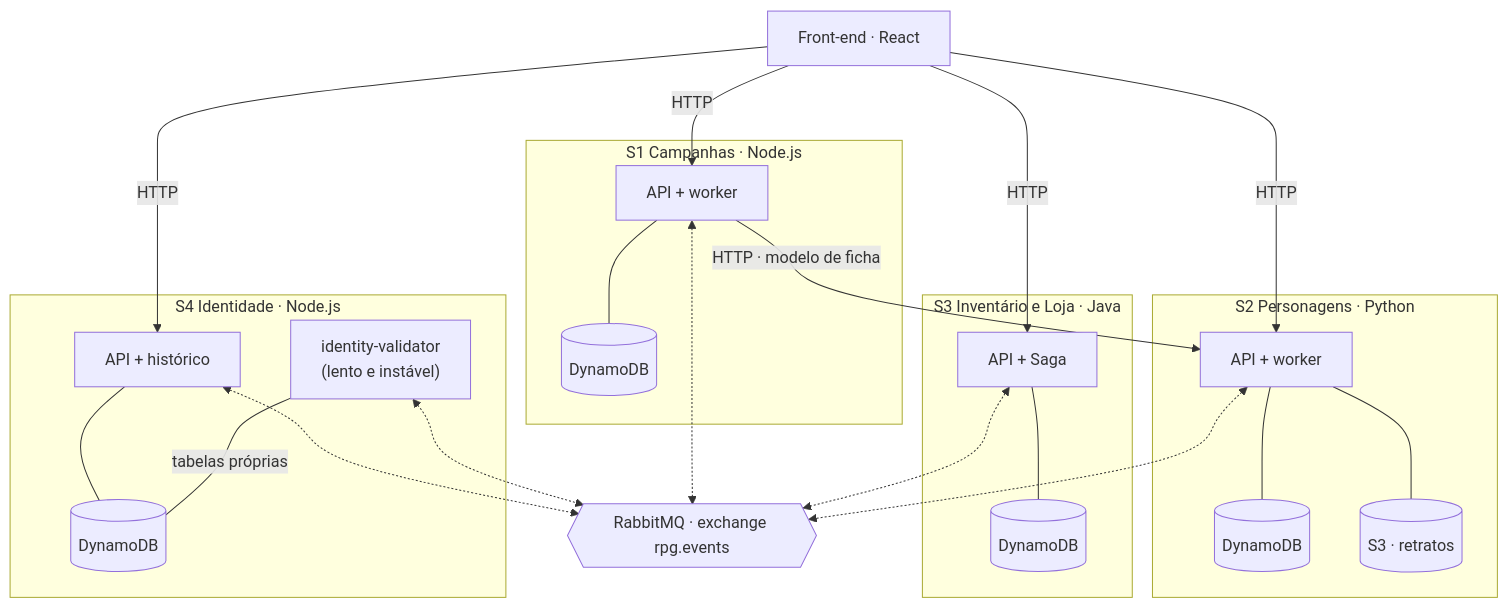
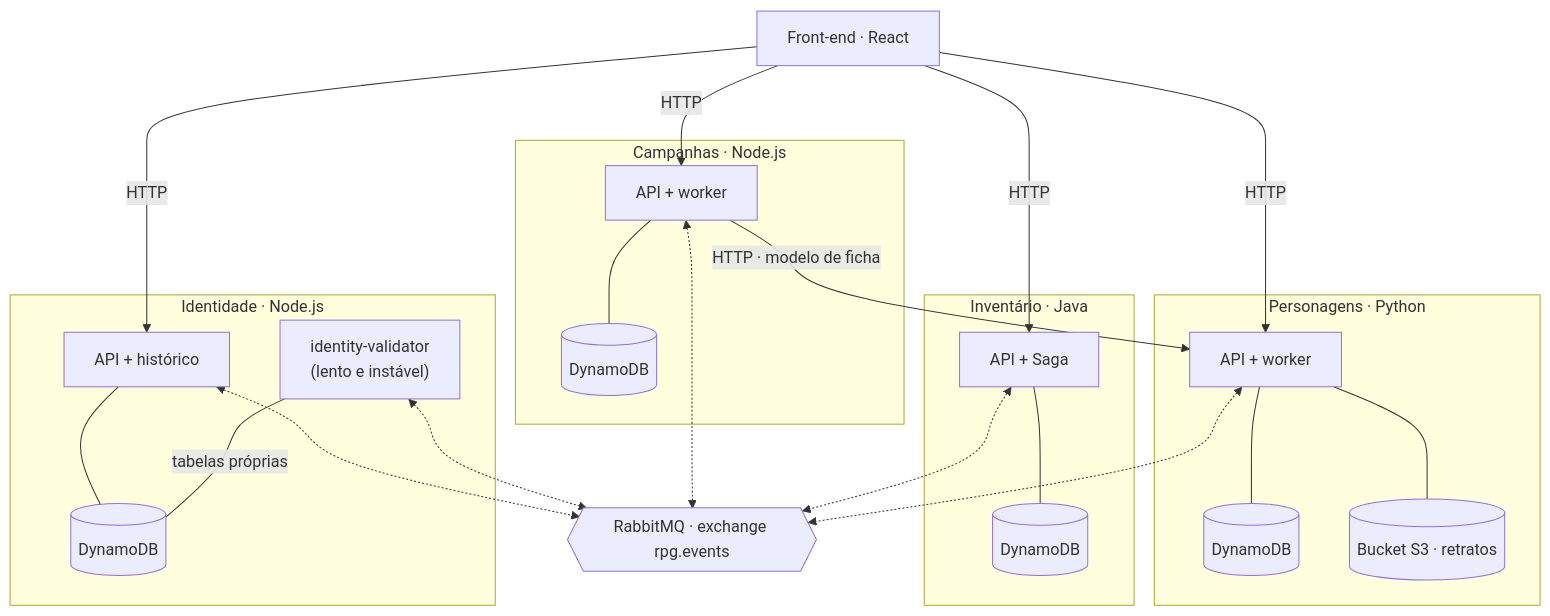
One commit to Lucas-Henschel/rpg-nexus changed the diagram in docs/registro-do-tema.md. Above: the diagram before and after it, drawn with Mermaid. The commit also changed other lines of this file and 1 other file, not shown here.

````diff
--- a/docs/registro-do-tema.md
+++ b/docs/registro-do-tema.md
@@ -46,25 +37,25 @@
 ```mermaid
 flowchart TB
     FE["Front-end · React"]
 
-    subgraph S1["S1 Campanhas · Node.js"]
+    subgraph CAMP["Campanhas · Node.js"]
         A1["API + worker"] --- D1[("DynamoDB")]
     end
-    subgraph S2["S2 Personagens · Python"]
+    subgraph PERS["Personagens · Python"]
         A2["API + worker"] --- D2[("DynamoDB")]
-        A2 --- B2[("S3 · retratos")]
+        A2 --- B2[("Bucket S3 · retratos")]
     end
-    subgraph S3["S3 Inventário e Loja · Java"]
+    subgraph INV["Inventário · Java"]
         A3["API + Saga"] --- D3[("DynamoDB")]
     end
-    subgraph S4["S4 Identidade · Node.js"]
+    subgraph IDEN["Identidade · Node.js"]
         A4["API + histórico"] --- D4[("DynamoDB")]
         V4["identity-validator<br/>(lento e instável)"] -- "tabelas próprias" --- D4
     end
 
     MQ{{"RabbitMQ · exchange rpg.events"}}
 
     FE -- HTTP --> A1 & A2 & A3 & A4
     A1 -- "HTTP · modelo de ficha" --> A2
     A1 & A2 & A3 & A4 & V4 <-.-> MQ
 ```
````
